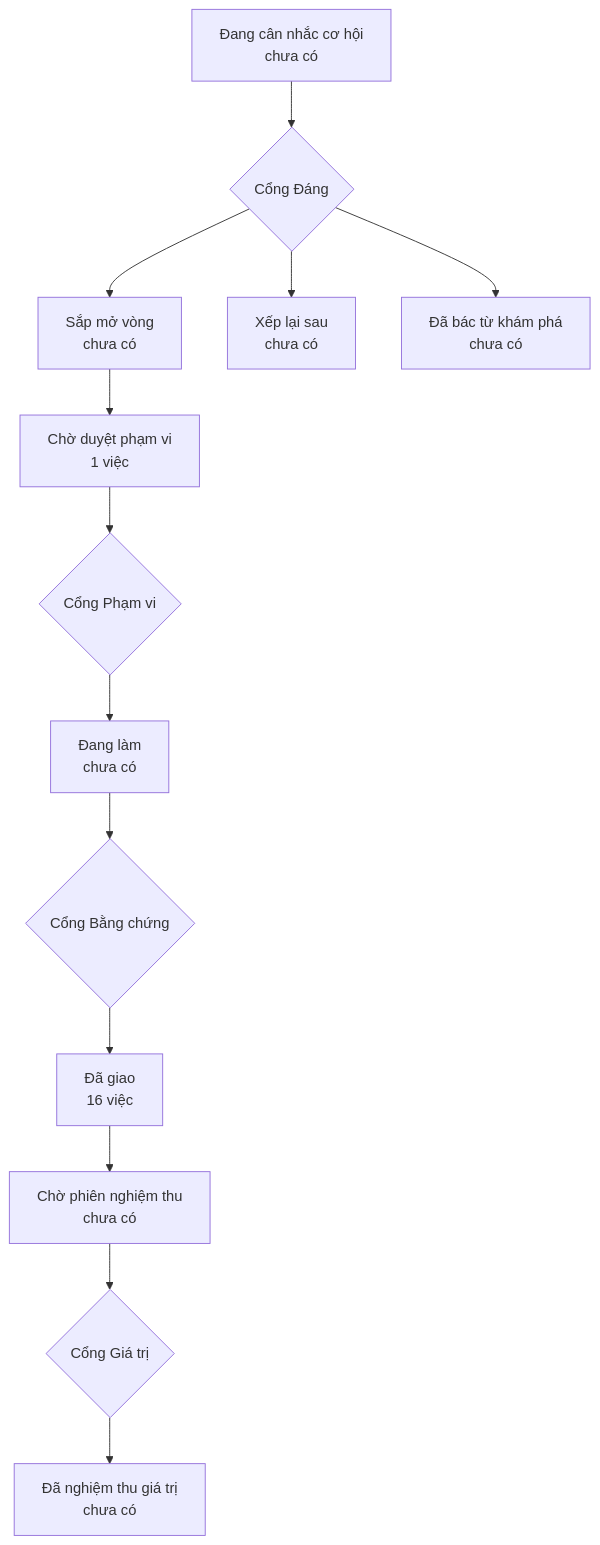
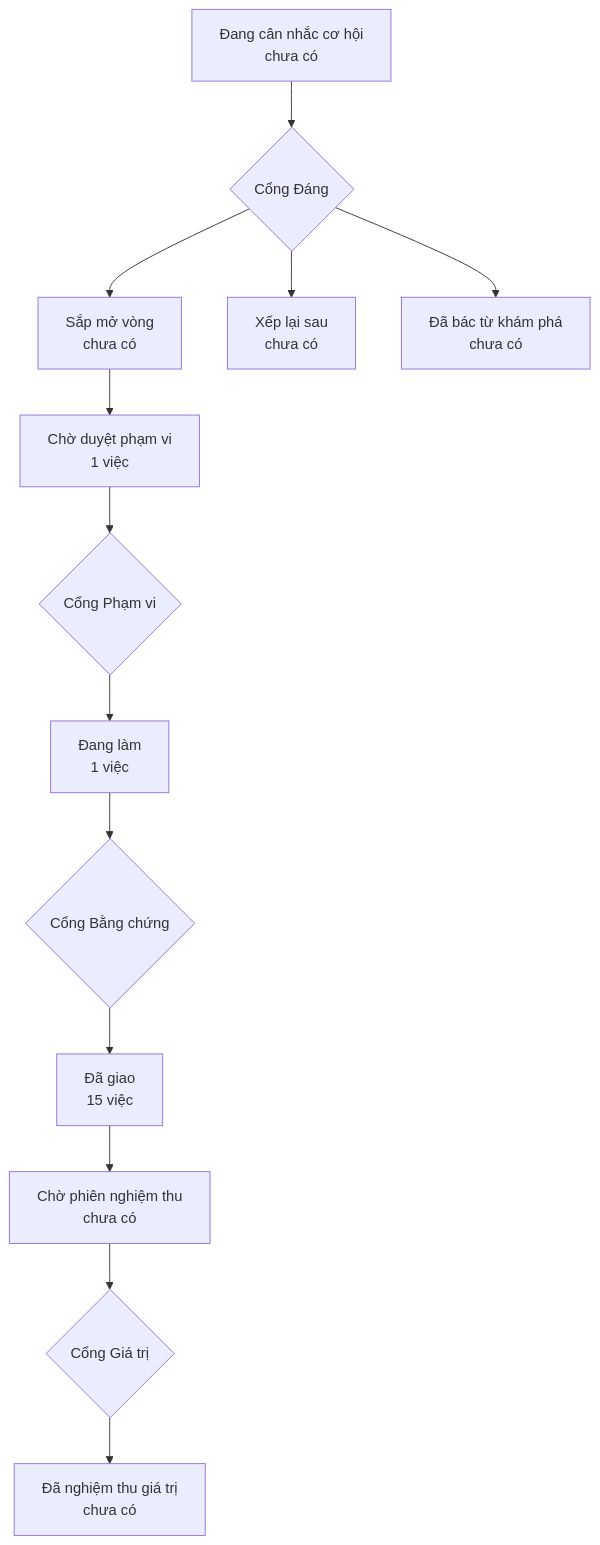
The diagram in PRODUCT-MAP.md (phanlemanh/acceptance-gate-kit), drawn with Mermaid before and after one commit. The commit also changed other lines of this file and 6 other files, not shown here.

````diff
--- a/PRODUCT-MAP.md
+++ b/PRODUCT-MAP.md
@@ -6,12 +6,12 @@
 ```mermaid
 flowchart TD
   A["Đang cân nhắc cơ hội<br/>chưa có"] --> GD{"Cổng Đáng"}
   GD --> B["Sắp mở vòng<br/>chưa có"]
   GD --> XL["Xếp lại sau<br/>chưa có"]
   GD --> DB["Đã bác từ khám phá<br/>chưa có"]
   B --> CD["Chờ duyệt phạm vi<br/>1 việc"] --> GP{"Cổng Phạm vi"}
-  GP --> DL["Đang làm<br/>chưa có"] --> GB{"Cổng Bằng chứng"}
-  GB --> DG["Đã giao<br/>16 việc"]
+  GP --> DL["Đang làm<br/>1 việc"] --> GB{"Cổng Bằng chứng"}
+  GB --> DG["Đã giao<br/>15 việc"]
   DG --> CN["Chờ phiên nghiệm thu<br/>chưa có"] --> GG{"Cổng Giá trị"}
   GG --> NT["Đã nghiệm thu giá trị<br/>chưa có"]
 ```
````
